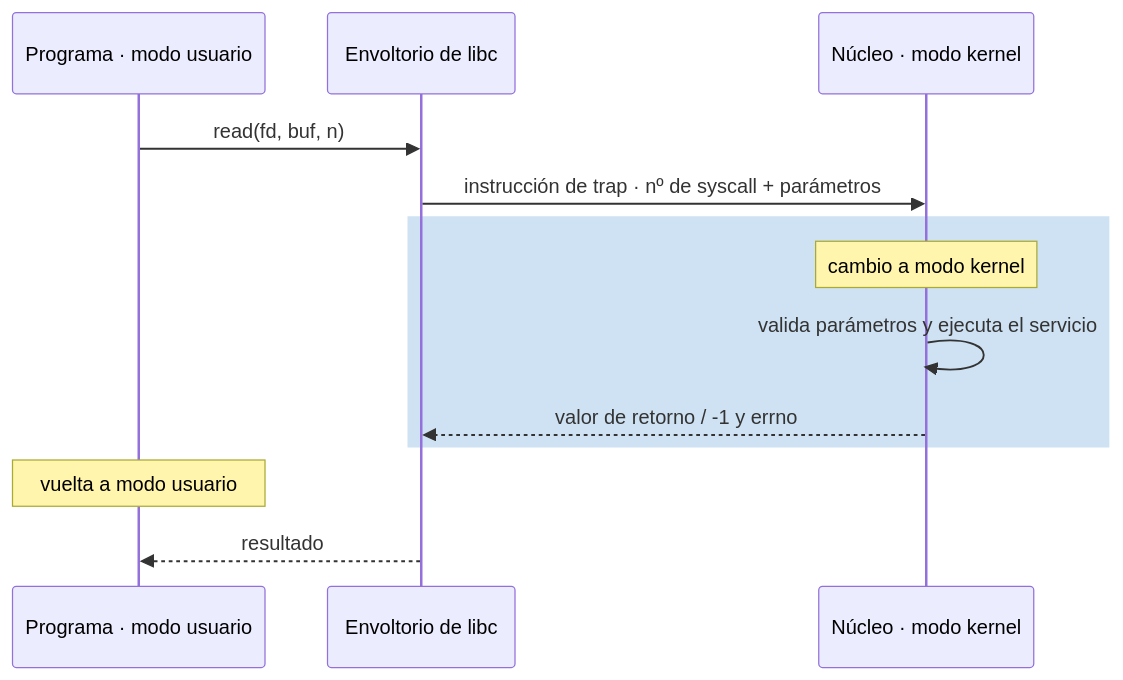
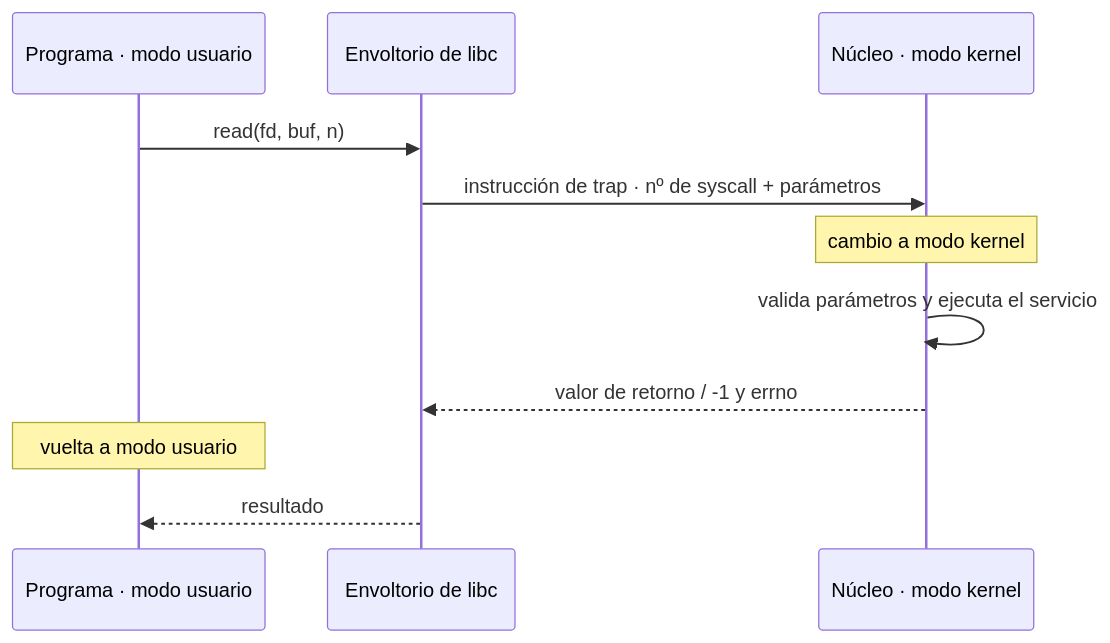
One commit to asiermarzo/ssoo changed the second of 3 diagrams in TEORIA/02-espacio-usuario-espacio-kernel/README.md. Above: the diagram before and after it, drawn with Mermaid. The commit also changed other lines of this file and 12 other files, not shown here.

Commit message:
ajuste subrects de mermaids

````diff
--- a/TEORIA/02-espacio-usuario-espacio-kernel/README.md
+++ b/TEORIA/02-espacio-usuario-espacio-kernel/README.md
@@ -53,15 +53,13 @@
 ```mermaid
 sequenceDiagram
     participant U as Programa · modo usuario
     participant W as Envoltorio de libc
     participant K as Núcleo · modo kernel
     U->>W: read(fd, buf, n)
     W->>K: instrucción de trap · nº de syscall + parámetros
-    rect rgb(207, 226, 243)
-        Note over K: cambio a modo kernel
-        K->>K: valida parámetros y ejecuta el servicio
-        K-->>W: valor de retorno / -1 y errno
-    end
+    Note over K: cambio a modo kernel
+    K->>K: valida parámetros y ejecuta el servicio
+    K-->>W: valor de retorno / -1 y errno
     Note over U: vuelta a modo usuario
     W-->>U: resultado
 ```
````
